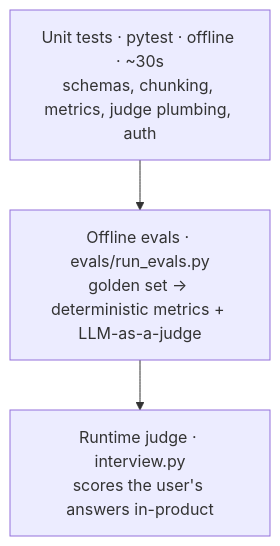
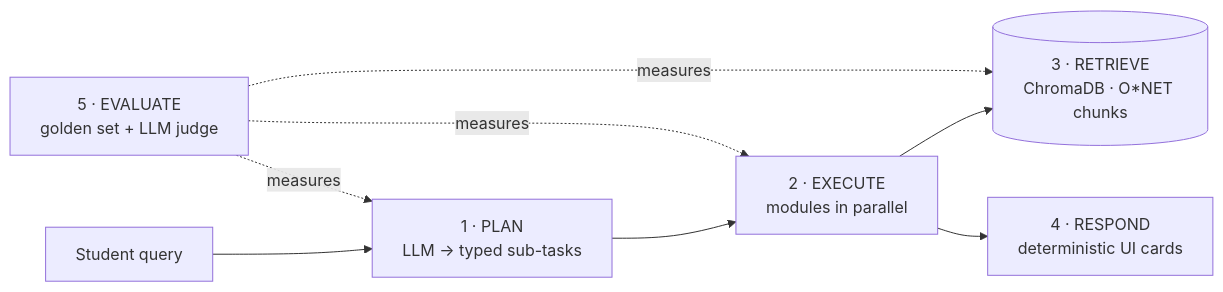
The diagram in README.md (AmulyaRayabhagi05/RAG-Based-Career-Prep), drawn with Mermaid before and after one commit. The commit also changed other lines of this file and 2 other files, not shown here.

````diff
--- a/README.md
+++ b/README.md
@@ -255,7 +26,8 @@
 ```mermaid
-flowchart TB
-    U["Unit tests · pytest · offline · ~30s<br/>schemas, chunking, metrics, judge plumbing, auth"]
-    E["Offline evals · evals/run_evals.py<br/>golden set → deterministic metrics + LLM-as-a-judge"]
-    R["Runtime judge · interview.py<br/>scores the user's answers in-product"]
-    U --> E --> R
+flowchart LR
+    U["Student query"] --> P["1 · PLAN<br/>LLM → typed sub-tasks"]
+    P --> X["2 · EXECUTE<br/>modules in parallel"]
+    X --> R[("3 · RETRIEVE<br/>ChromaDB · O*NET chunks")]
+    X --> S["4 · RESPOND<br/>deterministic UI cards"]
+    E["5 · EVALUATE<br/>golden set + LLM judge"] -.measures.-> P & R & X
 ```
````
